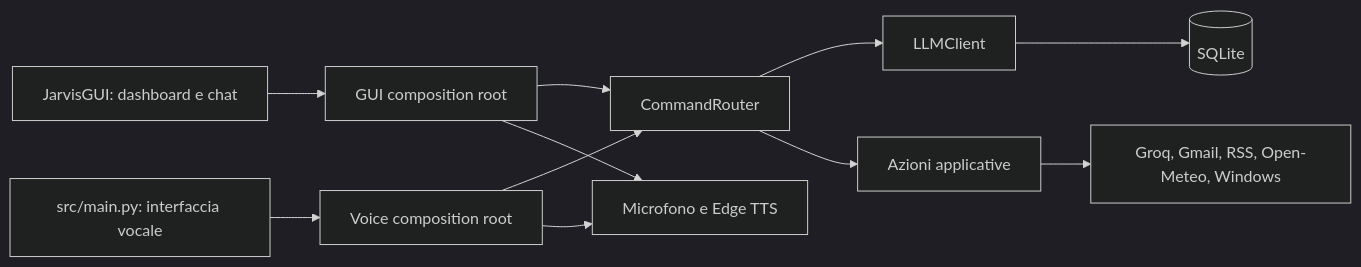
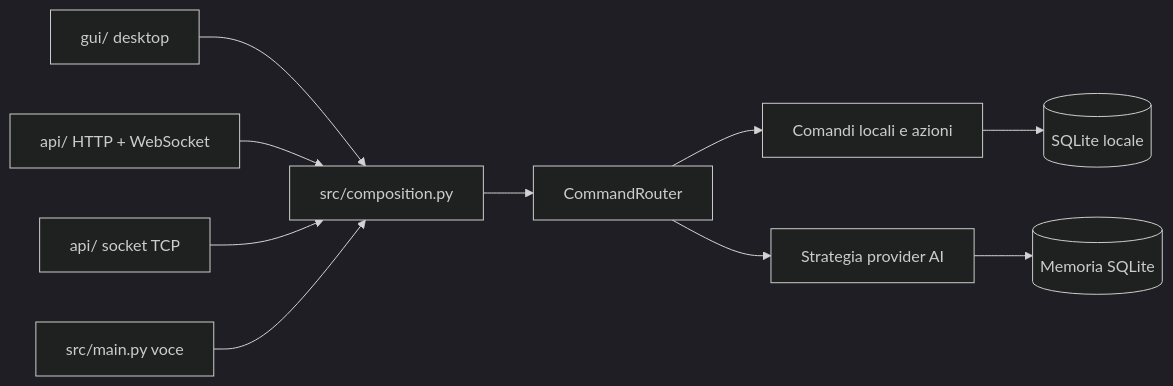
Before and after one commit to alexabdrustefu/Jarvis: the diagram in ARCHITETTURA.md, drawn with Mermaid (dark theme). The commit also changed other lines of this file and 41 other files, not shown here.

````diff
--- a/ARCHITETTURA.md
+++ b/ARCHITETTURA.md
@@ -7,13 +7,12 @@
-~~~mermaid
+```mermaid
 flowchart LR
-    GUI[JarvisGUI: dashboard e chat] --> GUIComposition[GUI composition root]
-    Voice[src/main.py: interfaccia vocale] --> VoiceComposition[Voice composition root]
-    GUIComposition --> Router[CommandRouter]
-    VoiceComposition --> Router
-    Router --> AI[LLMClient]
-    Router --> Actions[Azioni applicative]
-    AI --> Memory[(SQLite)]
-    Actions --> External[Groq, Gmail, RSS, Open-Meteo, Windows]
-    VoiceComposition --> Audio[Microfono e Edge TTS]
-    GUIComposition --> Audio
-~~~
+    GUI[gui/ desktop] --> Composition[src/composition.py]
+    HTTP[api/ HTTP + WebSocket] --> Composition
+    TCP[api/ socket TCP] --> Composition
+    Voice[src/main.py voce] --> Composition
+    Composition --> Router[CommandRouter]
+    Router --> Local[Comandi locali e azioni]
+    Router --> AI[Strategia provider AI]
+    Local --> Store[(SQLite locale)]
+    AI --> Memory[(Memoria SQLite)]
+```
````
